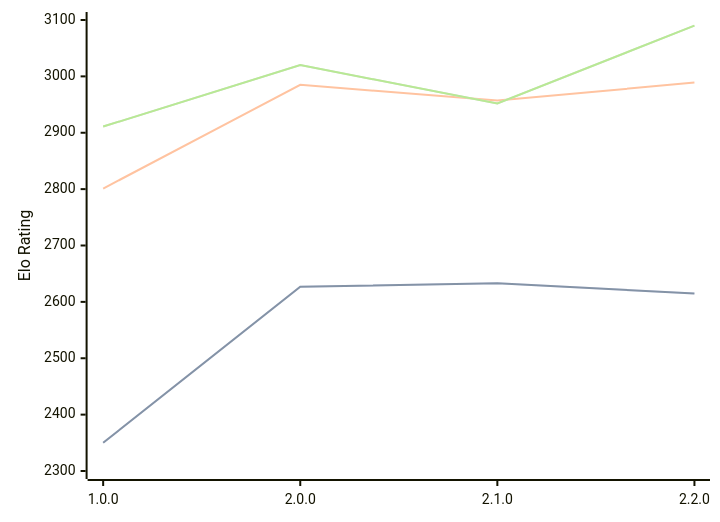
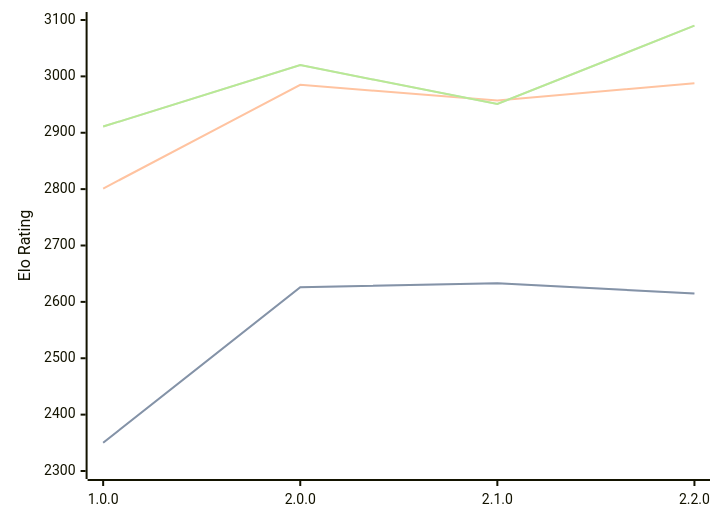
One commit to computer-chess-index/cci changed the diagram in engines/Catalyst.md. Above: the diagram before and after it, drawn with Mermaid. The commit also changed other lines of this file, not shown here.

Commit message:
Update CCI Ratings (ELO VLTC) - 2026-04-17

````diff
--- a/engines/Catalyst.md
+++ b/engines/Catalyst.md
@@ -34,11 +34,11 @@
 ```mermaid
 %%{init: {"theme":"base","themeVariables":{"seriesColors:['#a3a3a3','#222221','#faa371']}}}%%
 xychart-beta
   x-axis ["1.0.0", "2.0.0", "2.1.0", "2.2.0"]
   y-axis "Elo Rating" 2300 --> 3100
-  line "STC (8.0+0.08s)" [2350, 2627, 2633, 2615]
-  line "STC (8.0+0.08s)" [2350, 2627, 2633, 2615]
-  line "LTC (60.0+0.60s)" [2801, 2985, 2957, 2989]
-  line "VLTC (2m24s+1.12s)" [2911, 3020, 2952, 3090]
-  line "VLTC (2m24s+1.12s)" [2911, 3020, 2952, 3090]
+  line "STC (8.0+0.08s)" [2350, 2626, 2633, 2615]
+  line "STC (8.0+0.08s)" [2350, 2626, 2633, 2615]
+  line "LTC (60.0+0.60s)" [2801, 2985, 2957, 2988]
+  line "VLTC (2m24s+1.12s)" [2911, 3020, 2951, 3090]
+  line "VLTC (2m24s+1.12s)" [2911, 3020, 2951, 3090]
 ```
````
